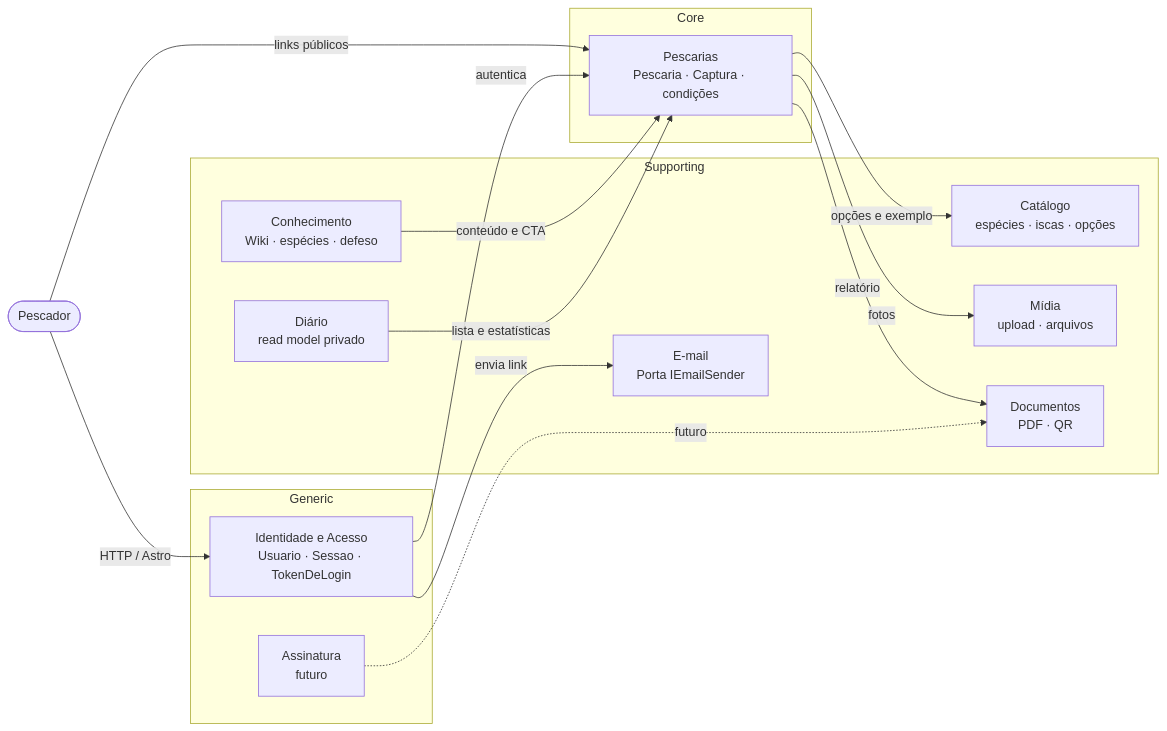
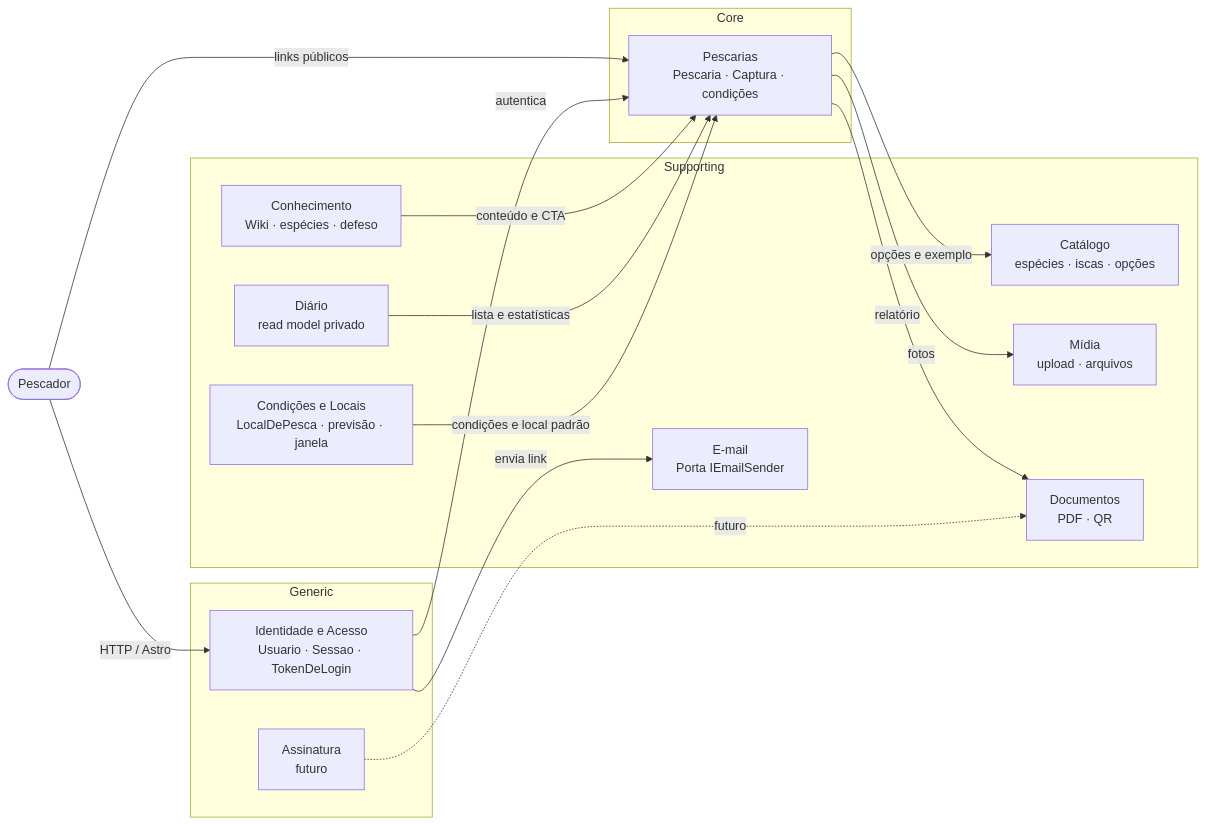
Before and after one commit to AbsonDev/abson: the diagram in Projetos/fisga/docs/ddd.md, drawn with Mermaid. The commit also changed other lines of this file and 37 other files, not shown here.

````diff
--- a/Projetos/fisga/docs/ddd.md
+++ b/Projetos/fisga/docs/ddd.md
@@ -12,32 +12,34 @@
 ```mermaid
 flowchart LR
   pescador([Pescador]) -->|HTTP / Astro| identidade
   pescador -->|links públicos| pescarias
 
   subgraph Core
     pescarias[Pescarias<br/>Pescaria · Captura · condições]
   end
 
   subgraph Generic
     identidade[Identidade e Acesso<br/>Usuario · Sessao · TokenDeLogin]
     assinatura[Assinatura<br/>futuro]
   end
 
   subgraph Supporting
     catalogo[Catálogo<br/>espécies · iscas · opções]
     conhecimento[Conhecimento<br/>Wiki · espécies · defeso]
     midia[Mídia<br/>upload · arquivos]
     documentos[Documentos<br/>PDF · QR]
     diario[Diário<br/>read model privado]
+    condicoes[Condições e Locais<br/>LocalDePesca · previsão · janela]
     email[E-mail<br/>Porta IEmailSender]
   end
 
   identidade -->|autentica| pescarias
   identidade -->|envia link| email
   pescarias -->|opções e exemplo| catalogo
   conhecimento -->|conteúdo e CTA| pescarias
   pescarias -->|fotos| midia
   pescarias -->|relatório| documentos
   diario -->|lista e estatísticas| pescarias
+  condicoes -->|condições e local padrão| pescarias
   assinatura -.->|futuro| documentos
 ```
````
